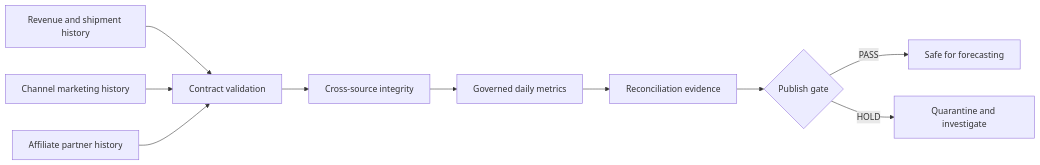
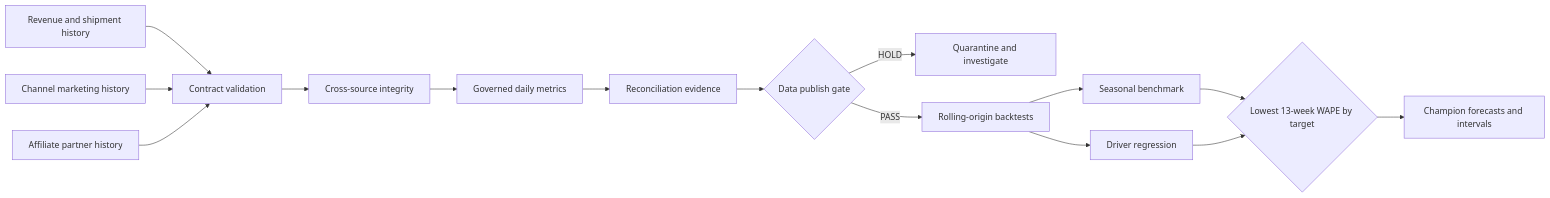
One commit to pratyushdhakad/analytics-automation-platform changed the diagram in README.md. Above: the diagram before and after it, drawn with Mermaid. The commit also changed other lines of this file and 1 other file, not shown here.

````diff
--- a/README.md
+++ b/README.md
@@ -52,12 +71,17 @@
 ```mermaid
 flowchart LR
     A[Revenue and shipment history] --> D[Contract validation]
     B[Channel marketing history] --> D
     C[Affiliate partner history] --> D
     D --> E[Cross-source integrity]
     E --> F[Governed daily metrics]
     F --> G[Reconciliation evidence]
-    G --> H{Publish gate}
-    H -->|PASS| I[Safe for forecasting]
+    G --> H{Data publish gate}
     H -->|HOLD| J[Quarantine and investigate]
+    H -->|PASS| I[Rolling-origin backtests]
+    I --> K[Seasonal benchmark]
+    I --> L[Driver regression]
+    K --> M{Lowest 13-week WAPE by target}
+    L --> M
+    M --> N[Champion forecasts and intervals]
 ```
````
